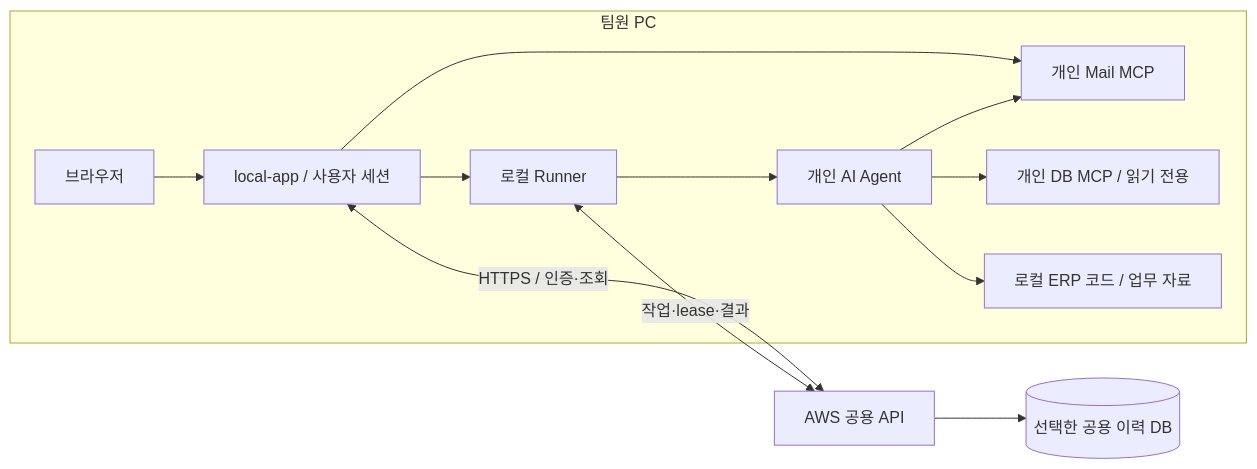
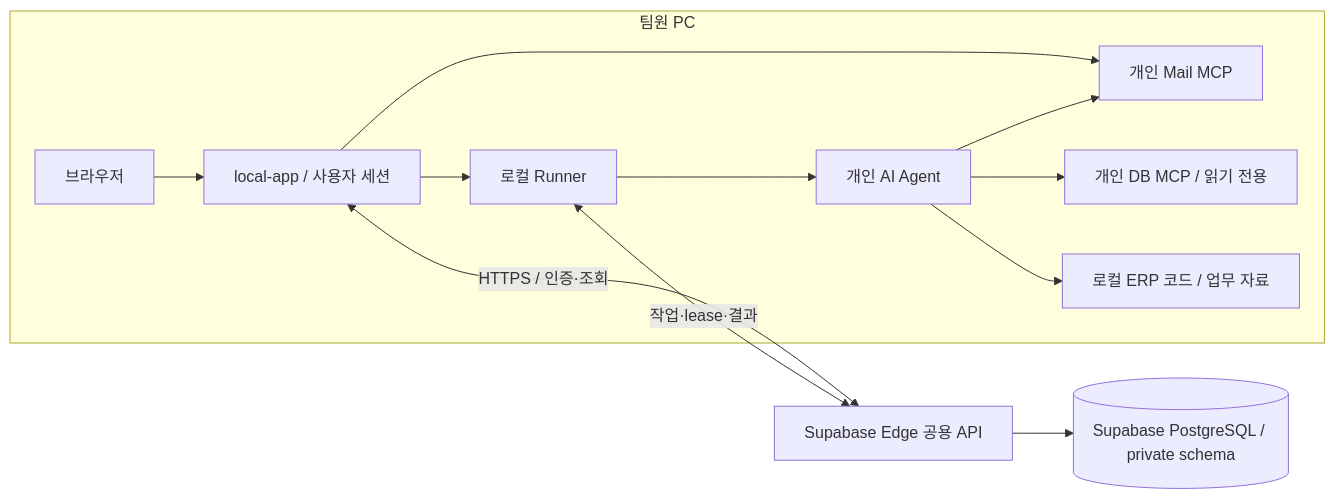
Before and after one commit to srp-david/mail-triage-automation: the first of 2 diagrams in docs/implementation-plan.md, drawn with Mermaid. The commit also changed other lines of this file and 10 other files, not shown here.

````diff
--- a/docs/implementation-plan.md
+++ b/docs/implementation-plan.md
@@ -54,15 +54,15 @@
 ```mermaid
 flowchart LR
   subgraph PC[팀원 PC]
     UI[브라우저] --> LOCAL[local-app / 사용자 세션]
     LOCAL --> RUNNER[로컬 Runner]
     LOCAL --> MAIL[개인 Mail MCP]
     RUNNER --> AGENT[개인 AI Agent]
     AGENT --> MAIL
     AGENT --> MCP[개인 DB MCP / 읽기 전용]
     AGENT --> SOURCE[로컬 ERP 코드 / 업무 자료]
   end
-  LOCAL <-->|HTTPS / 인증·조회| API[AWS 공용 API]
+  LOCAL <-->|HTTPS / 인증·조회| API[Supabase Edge 공용 API]
   RUNNER <-->|작업·lease·결과| API
-  API --> DB[(선택한 공용 이력 DB)]
+  API --> DB[(Supabase PostgreSQL / private schema)]
 ```
````
